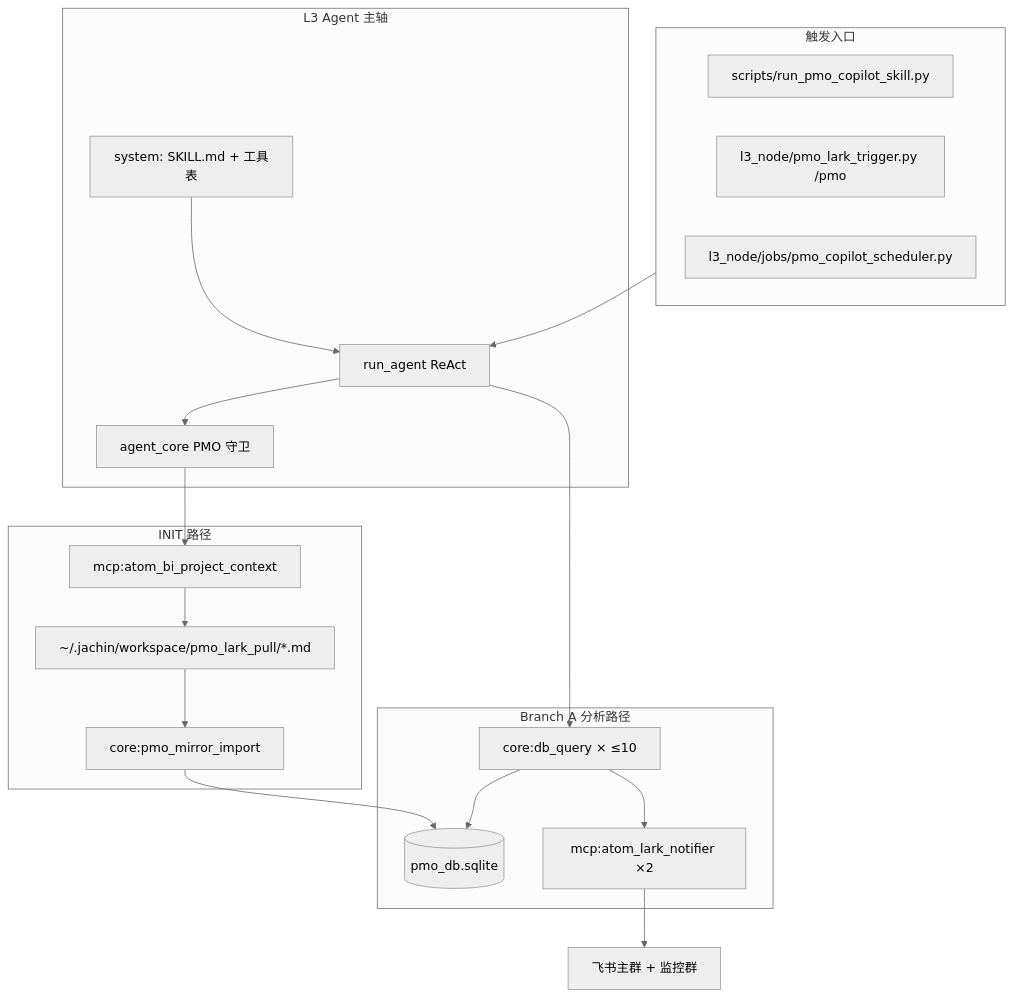
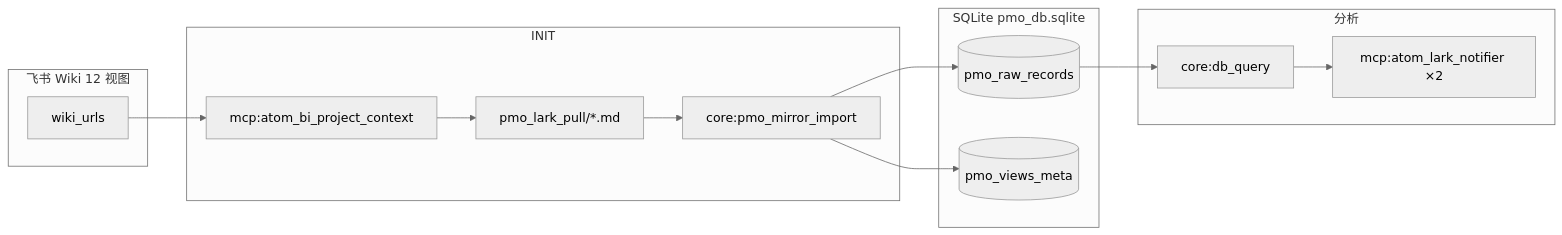
Before and after one commit to Samuel521199/jachin-system: the first of 3 diagrams in docs/architecture/PMO_COPILOT_ARCHITECTURE.md, drawn with Mermaid (neutral theme). The commit also changed other lines of this file and 53 other files, not shown here.

````diff
--- a/docs/architecture/PMO_COPILOT_ARCHITECTURE.md
+++ b/docs/architecture/PMO_COPILOT_ARCHITECTURE.md
@@ -54,35 +44,23 @@
 ```mermaid
-flowchart TB
-  subgraph triggers [触发入口]
-    CLI["scripts/run_pmo_copilot_skill.py"]
-    Lark["l3_node/pmo_lark_trigger.py /pmo"]
-    Sched["l3_node/jobs/pmo_copilot_scheduler.py"]
+flowchart LR
+  subgraph feishu [飞书 Wiki 12 视图]
+    W[wiki_urls]
+  end
+  subgraph init [INIT]
+    BI[mcp:atom_bi_project_context]
+    Pull[pmo_lark_pull/*.md]
+    MI[core:pmo_mirror_import]
+  end
+  subgraph sqlite [SQLite pmo_db.sqlite]
+    RAW[(pmo_raw_records)]
+    META[(pmo_views_meta)]
+  end
+  subgraph analyze [分析]
+    DQ[core:db_query]
+    Notifier[mcp:atom_lark_notifier ×2]
   end
 
-  subgraph l3 [L3 Agent 主轴]
-    RA["run_agent ReAct"]
-    AC["agent_core PMO 守卫"]
-    SP["system: SKILL.md + 工具表"]
-  end
-
-  subgraph init [INIT 路径]
-    BI["mcp:atom_bi_project_context"]
-    Pull["~/.jachin/workspace/pmo_lark_pull/*.md"]
-    MI["core:pmo_mirror_import"]
-  end
-
-  subgraph analyze [Branch A 分析路径]
-    DQ["core:db_query × ≤10"]
-    SQLite[("pmo_db.sqlite")]
-    Notifier["mcp:atom_lark_notifier ×2"]
-  end
-
-  triggers --> RA
-  SP --> RA
-  RA --> AC
-  AC --> BI
-  BI --> Pull --> MI --> SQLite
-  RA --> DQ --> SQLite
-  DQ --> Notifier
-  Notifier --> LarkChat["飞书主群 + 监控群"]
+  W --> BI --> Pull --> MI --> RAW
+  MI --> META
+  RAW --> DQ --> Notifier
 ```
````
